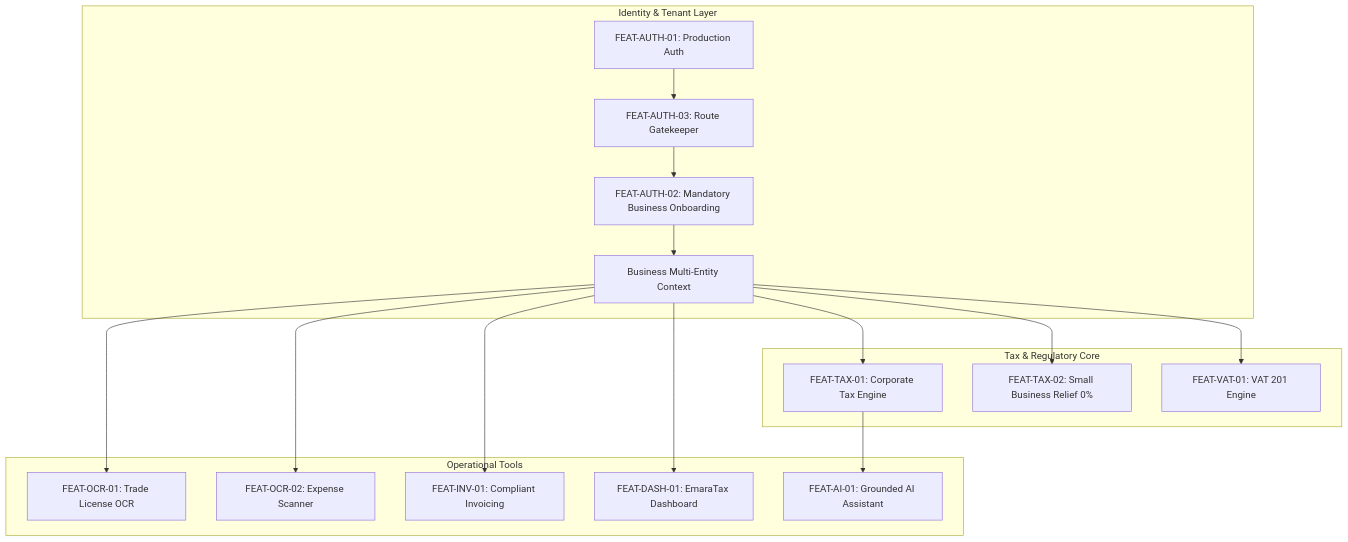
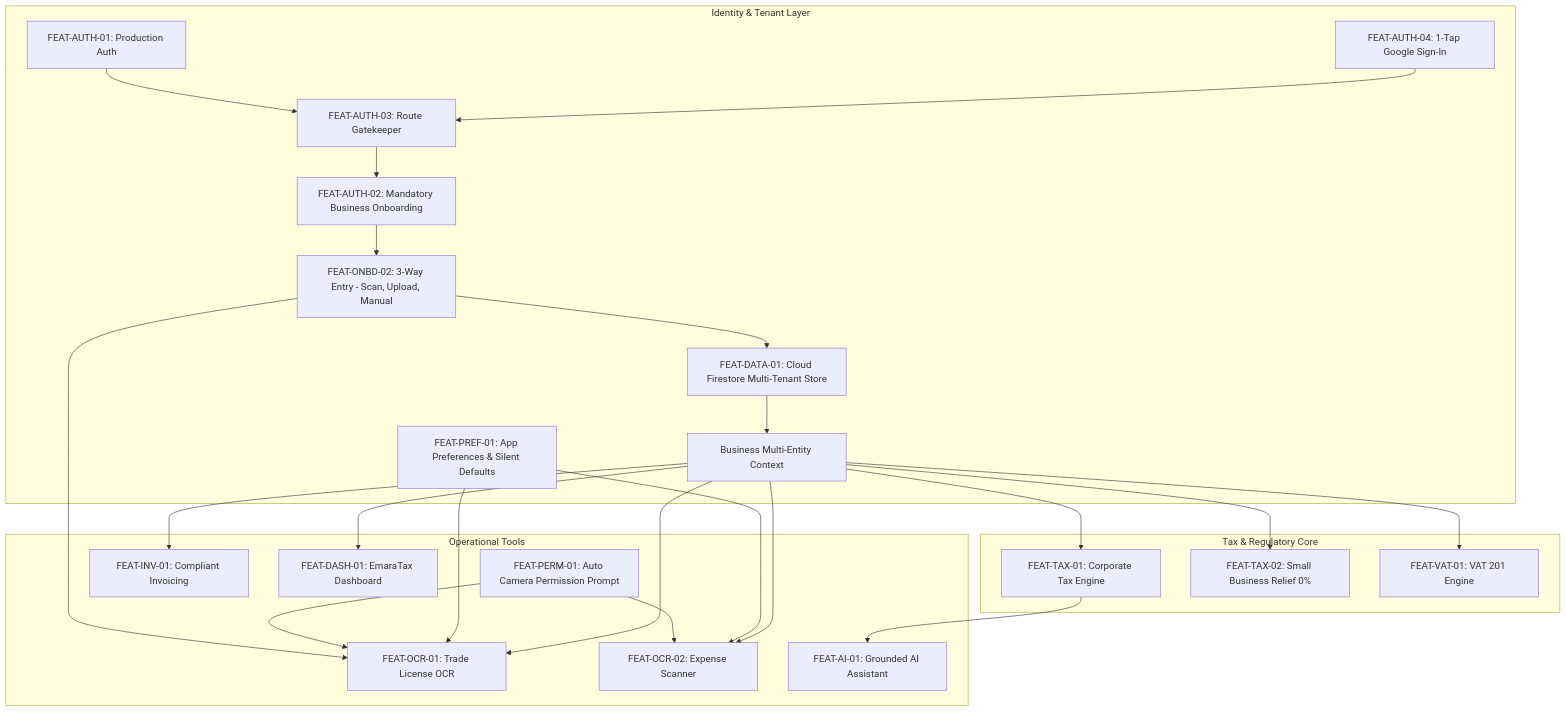
Before and after one commit to Shade2005/mizan-tax: the diagram in docs/feature_log.md, drawn with Mermaid. The commit also changed 20 other files, not shown here.

Commit message:
feat(mobile): instant firestore auth, document picker with permissions, and silent defaults

````diff
--- a/docs/feature_log.md
+++ b/docs/feature_log.md
@@ -3,35 +3,48 @@
 ```mermaid
 graph TD
     subgraph Identity & Tenant Layer
         AUTH[FEAT-AUTH-01: Production Auth]
+        GOOGLE[FEAT-AUTH-04: 1-Tap Google Sign-In]
         GUARD[FEAT-AUTH-03: Route Gatekeeper]
         ONBOARD[FEAT-AUTH-02: Mandatory Business Onboarding]
+        ONBOARD_TRI[FEAT-ONBD-02: 3-Way Entry - Scan, Upload, Manual]
+        FIRESTORE[FEAT-DATA-01: Cloud Firestore Multi-Tenant Store]
         BIZ_CTX[Business Multi-Entity Context]
+        PREFS[FEAT-PREF-01: App Preferences & Silent Defaults]
     end
 
     subgraph Tax & Regulatory Core
         TAX_ENG[FEAT-TAX-01: Corporate Tax Engine]
         SBR_ENG[FEAT-TAX-02: Small Business Relief 0%]
         VAT_ENG[FEAT-VAT-01: VAT 201 Engine]
     end
 
     subgraph Operational Tools
         OCR_LIC[FEAT-OCR-01: Trade License OCR]
         OCR_EXP[FEAT-OCR-02: Expense Scanner]
+        PERM[FEAT-PERM-01: Auto Camera Permission Prompt]
         INVOICE[FEAT-INV-01: Compliant Invoicing]
         DASH[FEAT-DASH-01: EmaraTax Dashboard]
         AI_ASST[FEAT-AI-01: Grounded AI Assistant]
     end
 
     AUTH --> GUARD
+    GOOGLE --> GUARD
     GUARD --> ONBOARD
-    ONBOARD --> BIZ_CTX
+    ONBOARD --> ONBOARD_TRI
+    ONBOARD_TRI --> OCR_LIC
+    ONBOARD_TRI --> FIRESTORE
+    PERM --> OCR_LIC
+    PERM --> OCR_EXP
+    PREFS --> OCR_EXP
+    PREFS --> OCR_LIC
+    FIRESTORE --> BIZ_CTX
     BIZ_CTX --> DASH
     BIZ_CTX --> TAX_ENG
     BIZ_CTX --> SBR_ENG
     BIZ_CTX --> VAT_ENG
     BIZ_CTX --> INVOICE
     BIZ_CTX --> OCR_LIC
     BIZ_CTX --> OCR_EXP
     TAX_ENG --> AI_ASST
 ```
````
